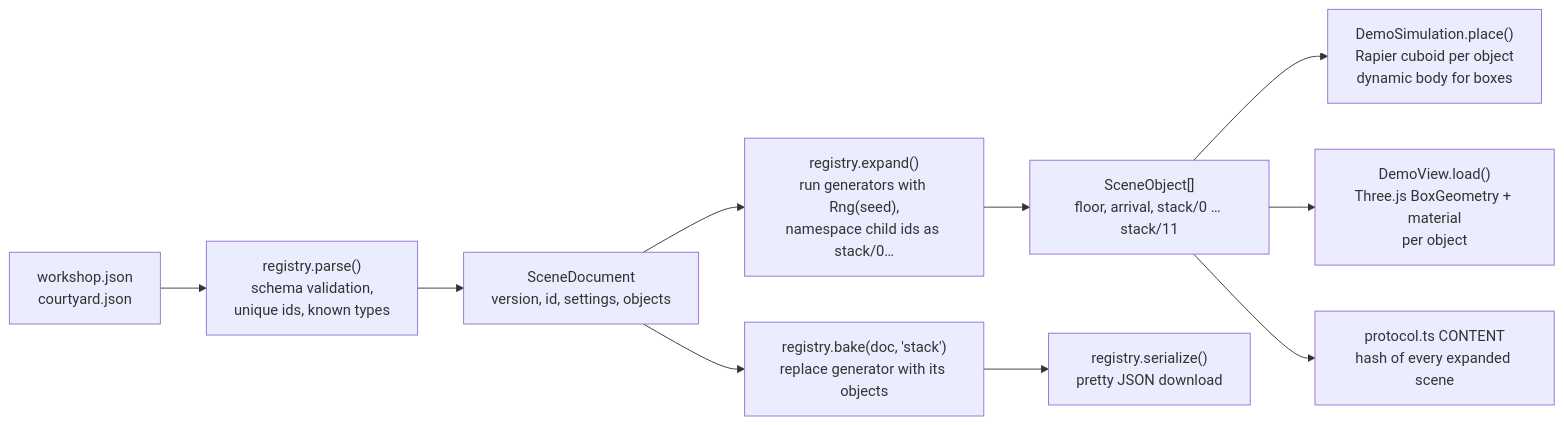
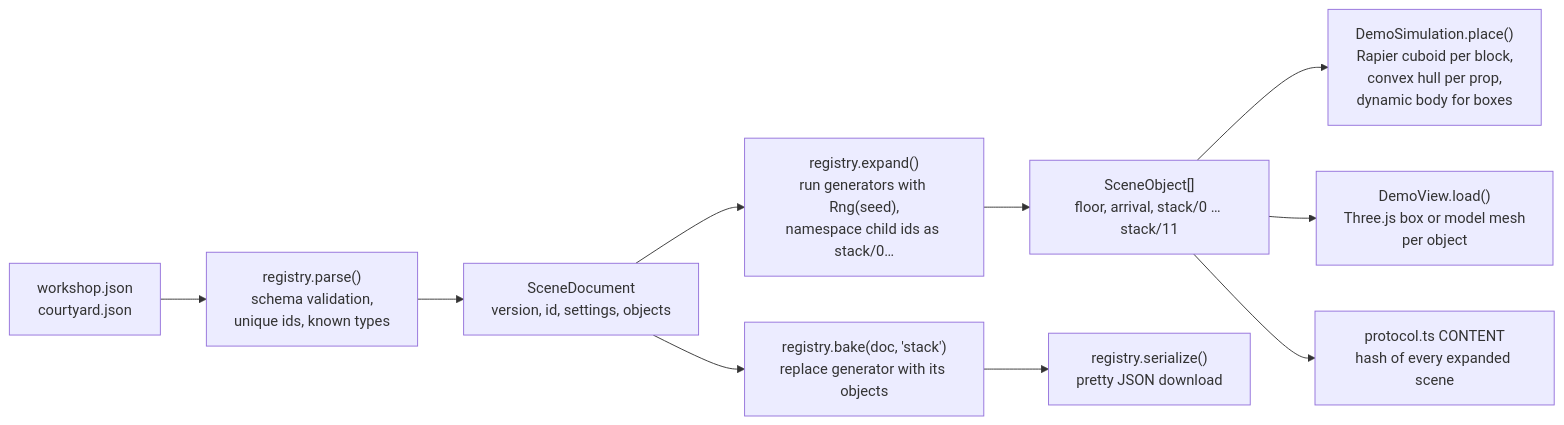
The second of 8 diagrams in ARCHITECTURE.md (jensbaagaard/gameEngineTS-rapier), drawn with Mermaid before and after one commit. The commit also changed other lines of this file and 19 other files, not shown here.

````diff
--- a/ARCHITECTURE.md
+++ b/ARCHITECTURE.md
@@ -81,12 +82,12 @@
 ```mermaid
 flowchart LR
   json["workshop.json<br/>courtyard.json"] --> parse["registry.parse()<br/>schema validation,<br/>unique ids, known types"]
   parse --> doc["SceneDocument<br/>version, id, settings, objects"]
   doc --> expand["registry.expand()<br/>run generators with Rng(seed),<br/>namespace child ids as stack/0…"]
   expand --> objects["SceneObject[]<br/>floor, arrival, stack/0 … stack/11"]
-  objects --> place["DemoSimulation.place()<br/>Rapier cuboid per object<br/>dynamic body for boxes"]
-  objects --> load["DemoView.load()<br/>Three.js BoxGeometry + material<br/>per object"]
+  objects --> place["DemoSimulation.place()<br/>Rapier cuboid per block,<br/>convex hull per prop,<br/>dynamic body for boxes"]
+  objects --> load["DemoView.load()<br/>Three.js box or model mesh<br/>per object"]
   objects --> content["protocol.ts CONTENT<br/>hash of every expanded scene"]
   doc --> bake["registry.bake(doc, 'stack')<br/>replace generator with its objects"]
   bake --> serialize["registry.serialize()<br/>pretty JSON download"]
 ```
````
